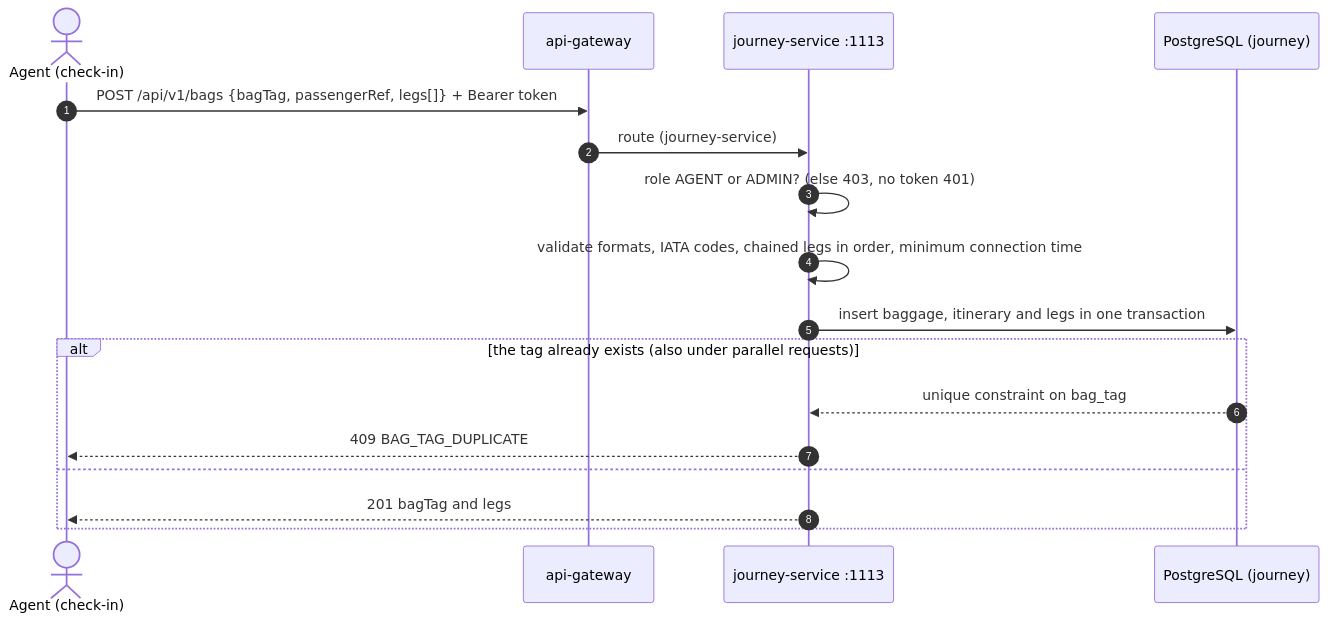
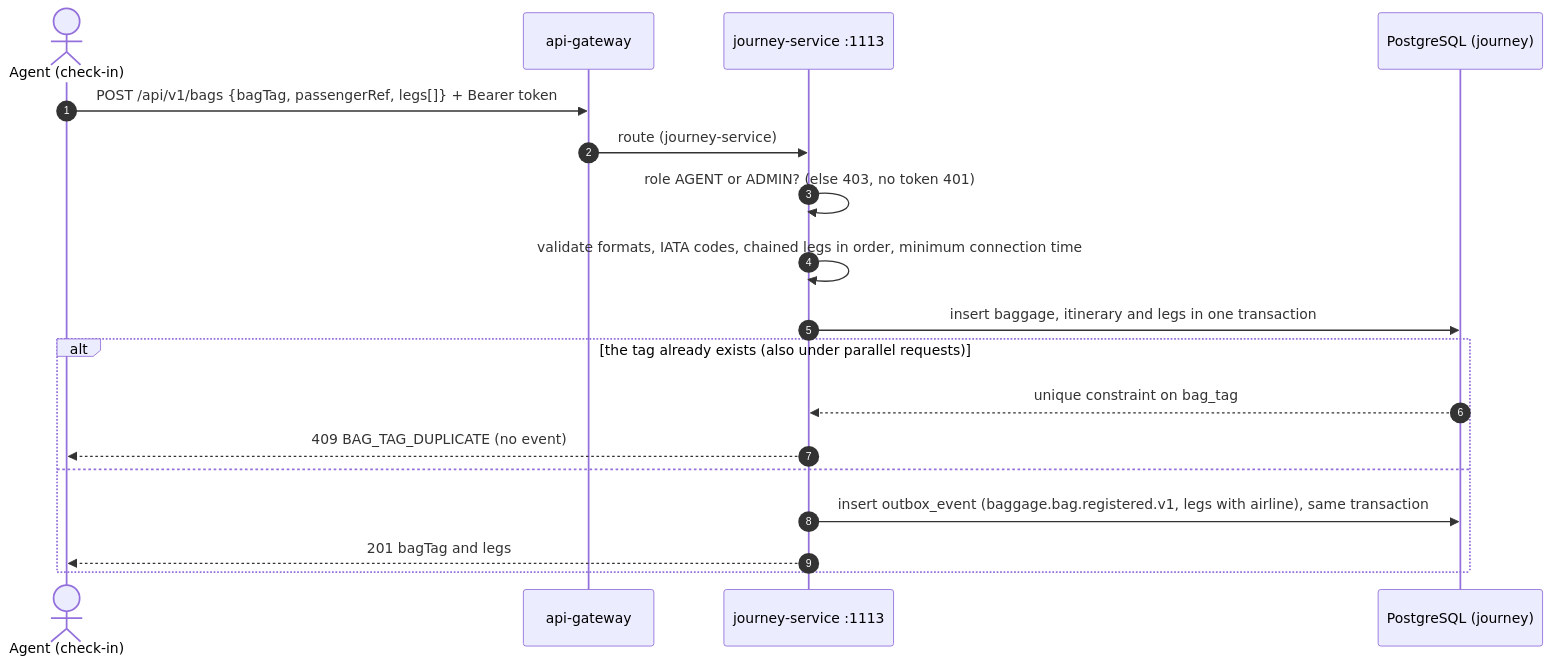
One commit to Rapter1990/aero-baggage-tracer changed the second of 5 diagrams in docs/apis/JOURNEY-API.md. Above: the diagram before and after it, drawn with Mermaid. The commit also changed other lines of this file and 28 other files, not shown here.

````diff
--- a/docs/apis/JOURNEY-API.md
+++ b/docs/apis/JOURNEY-API.md
@@ -259,20 +328,21 @@
 ```mermaid
 sequenceDiagram
     autonumber
     actor AG as Agent (check-in)
     participant GW as api-gateway
     participant J as journey-service :1113
     participant DB as PostgreSQL (journey)
 
     AG->>GW: POST /api/v1/bags {bagTag, passengerRef, legs[]} + Bearer token
     GW->>J: route (journey-service)
     J->>J: role AGENT or ADMIN? (else 403, no token 401)
     J->>J: validate formats, IATA codes, chained legs in order, minimum connection time
     J->>DB: insert baggage, itinerary and legs in one transaction
     alt the tag already exists (also under parallel requests)
         DB-->>J: unique constraint on bag_tag
-        J-->>AG: 409 BAG_TAG_DUPLICATE
+        J-->>AG: 409 BAG_TAG_DUPLICATE (no event)
     else
+        J->>DB: insert outbox_event (baggage.bag.registered.v1, legs with airline), same transaction
         J-->>AG: 201 bagTag and legs
     end
 ```
````
